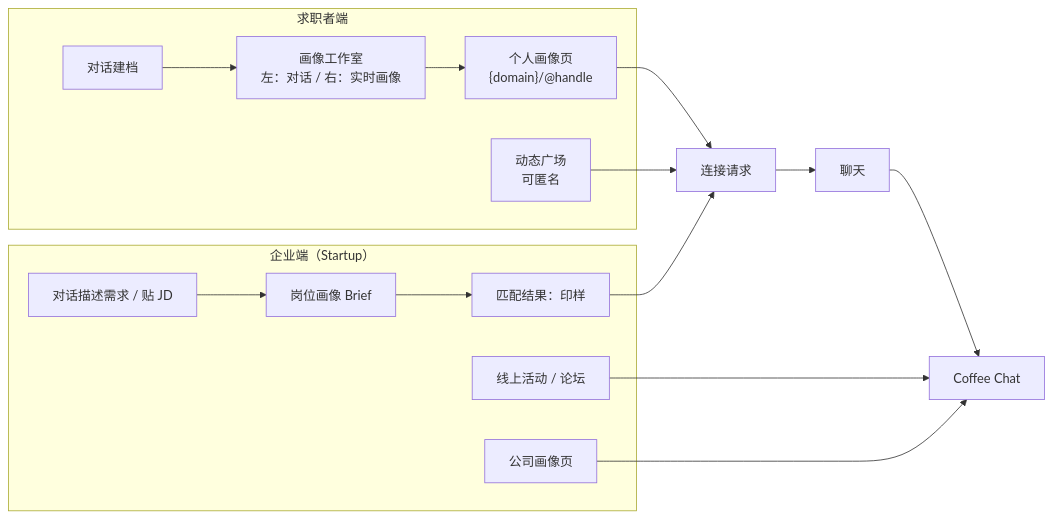
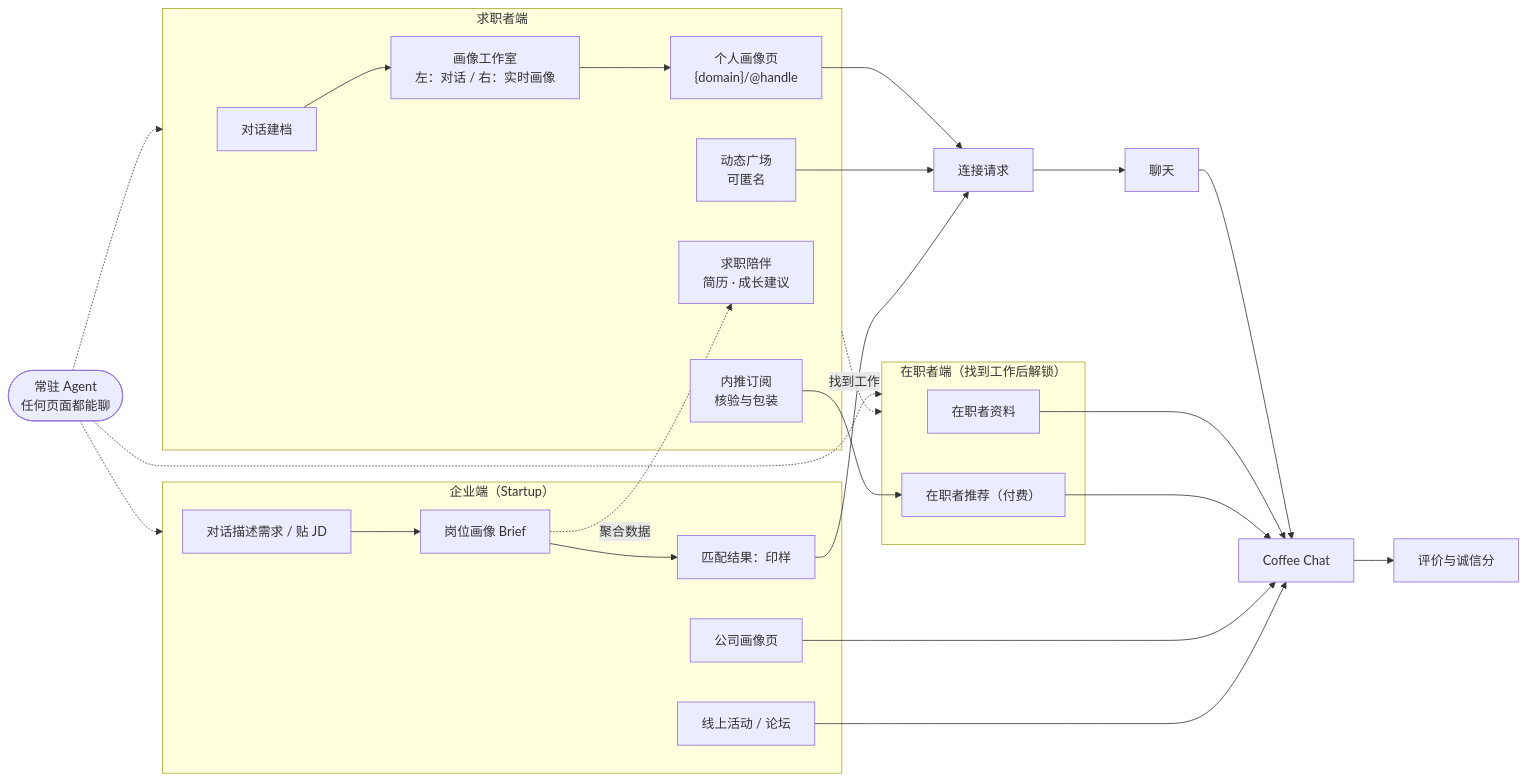
The diagram in docs/PRD.md (mikeaccio666-debug/employee-research-agent), drawn with Mermaid before and after one commit. The commit also changed other lines of this file and 4 other files, not shown here.

````diff
--- a/docs/PRD.md
+++ b/docs/PRD.md
@@ -117,21 +131,37 @@
 ```mermaid
 flowchart LR
+  AG(["常驻 Agent<br/>任何页面都能聊"])
   subgraph T["求职者端"]
     T1["对话建档"] --> T2["画像工作室<br/>左：对话 / 右：实时画像"]
     T2 --> T3["个人画像页<br/>{domain}/@handle"]
     T4["动态广场<br/>可匿名"]
+    T5["求职陪伴<br/>简历 · 成长建议"]
+    T6["内推订阅<br/>核验与包装"]
+  end
+  subgraph I["在职者端（找到工作后解锁）"]
+    I1["在职者资料"]
+    I2["在职者推荐（付费）"]
   end
   subgraph C["企业端（Startup）"]
     C1["对话描述需求 / 贴 JD"] --> C2["岗位画像 Brief"]
     C2 --> C3["匹配结果：印样"]
     C4["公司画像页"]
     C5["线上活动 / 论坛"]
   end
+  AG -.-> T
+  AG -.-> I
+  AG -.-> C
+  T -.->|"找到工作"| I
+  T6 --> I2
+  C2 -.->|"聚合数据"| T5
   T3 --> X1["连接请求"]
   T4 --> X1
   C3 --> X1
   X1 --> X2["聊天"]
   X2 --> X3["Coffee Chat"]
+  I1 --> X3
+  I2 --> X3
+  C4 --> X3
   C5 --> X3
-  C4 --> X3
+  X3 --> X4["评价与诚信分"]
 ```
````
